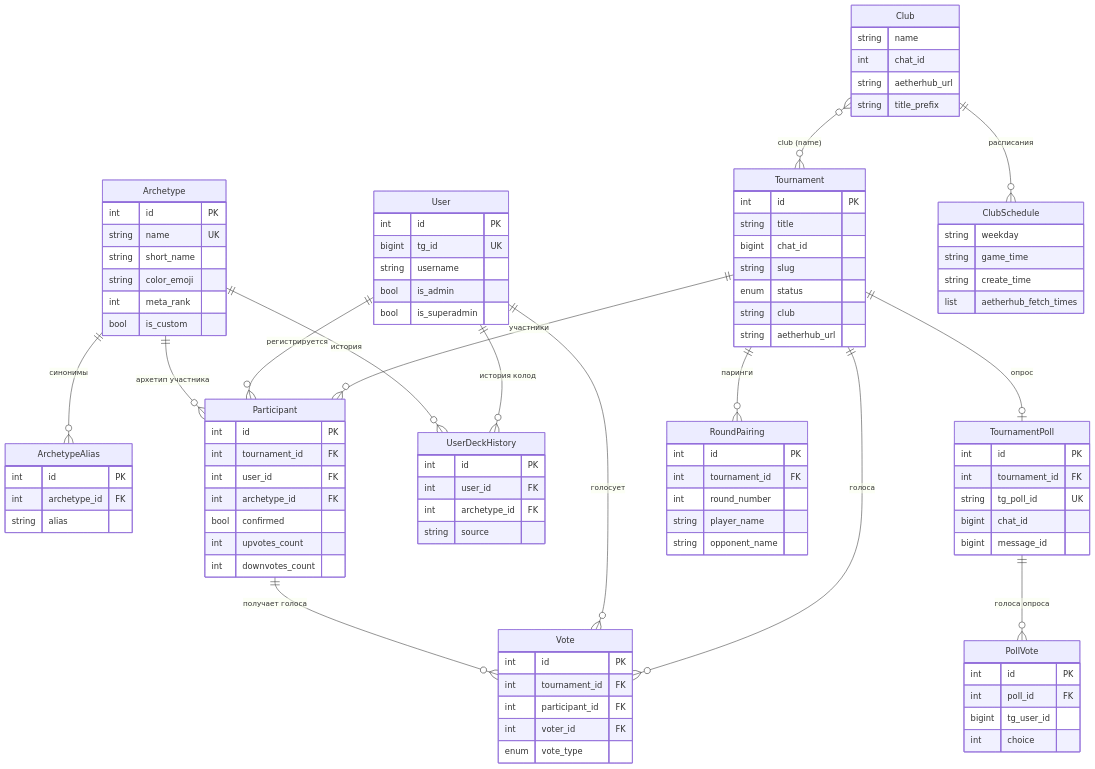
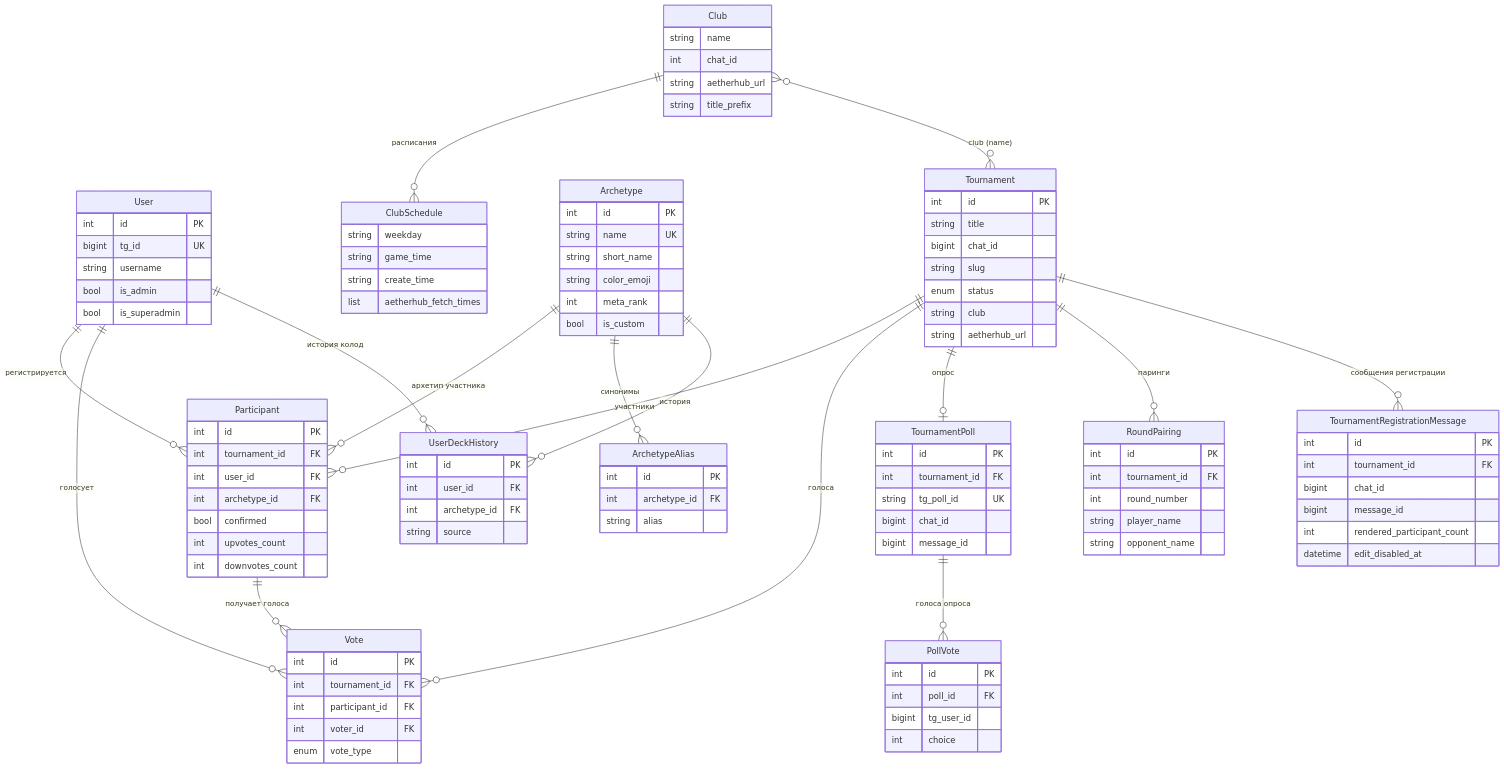
The diagram in docs/er-diagram.md (mmbabaev/MetaTheGathering), drawn with Mermaid before and after one commit. The commit also changed 9 other files, not shown here.

Commit message:
feat: keep registration message count updated

```diff
--- a/docs/er-diagram.md
+++ b/docs/er-diagram.md
@@ -18,6 +18,15 @@
         enum status
         string club
         string aetherhub_url
+    }
+
+    TournamentRegistrationMessage {
+        int id PK
+        int tournament_id FK
+        bigint chat_id
+        bigint message_id
+        int rendered_participant_count
+        datetime edit_disabled_at
     }
 
     Archetype {
@@ -104,6 +113,7 @@
     Tournament ||--o{ Vote : "голоса"
     Tournament ||--o| TournamentPoll : "опрос"
     Tournament ||--o{ RoundPairing : "паринги"
+    Tournament ||--o{ TournamentRegistrationMessage : "сообщения регистрации"
 
     User ||--o{ Participant : "регистрируется"
     User ||--o{ Vote : "голосует"
```
